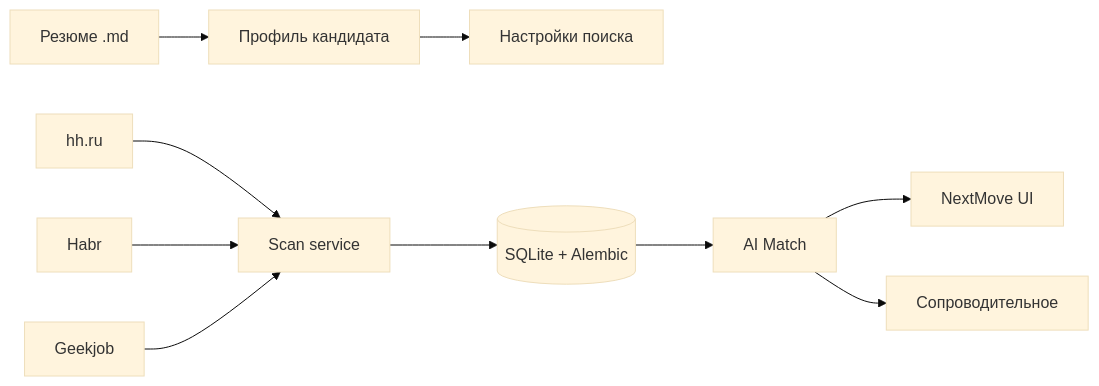
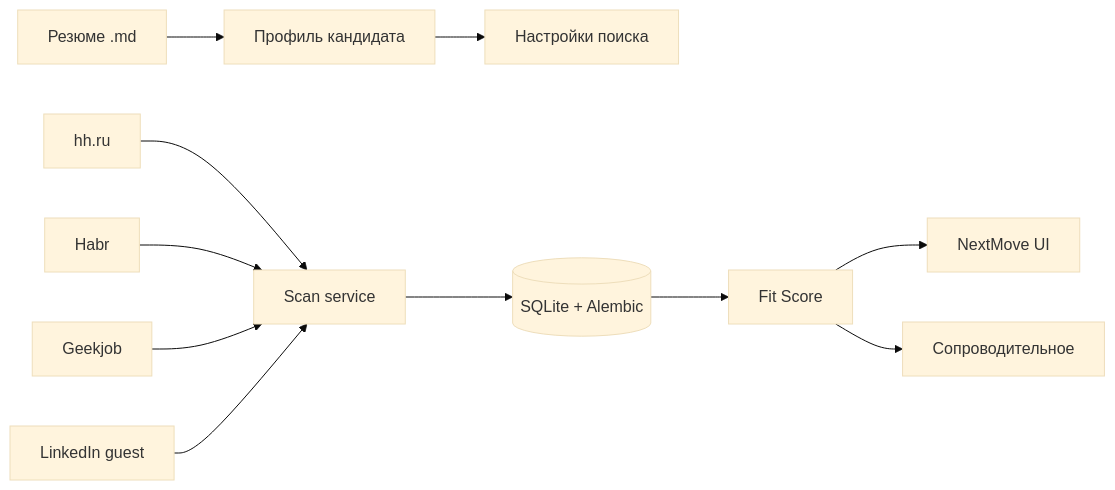
One commit to addito-5G/job-scout changed the diagram in README_ru.md. Above: the diagram before and after it, drawn with Mermaid (base theme). The commit also changed other lines of this file and 99 other files, not shown here.

First line of the commit message:
Unify vacancy matching with deterministic Fit Score and expand integrations.

````diff
--- a/README_ru.md
+++ b/README_ru.md
@@ -70,12 +70,13 @@
 ```mermaid
 flowchart LR
     R[Резюме .md] --> P[Профиль кандидата]
     P --> S[Настройки поиска]
     HH[hh.ru] --> SC[Scan service]
     HB[Habr] --> SC
     GJ[Geekjob] --> SC
+    LI[LinkedIn guest] --> SC
     SC --> DB[(SQLite + Alembic)]
-    DB --> M[AI Match]
-    M --> UI[NextMove UI]
-    M --> CL[Сопроводительное]
+    DB --> F[Fit Score]
+    F --> UI[NextMove UI]
+    F --> CL[Сопроводительное]
 ```
````
